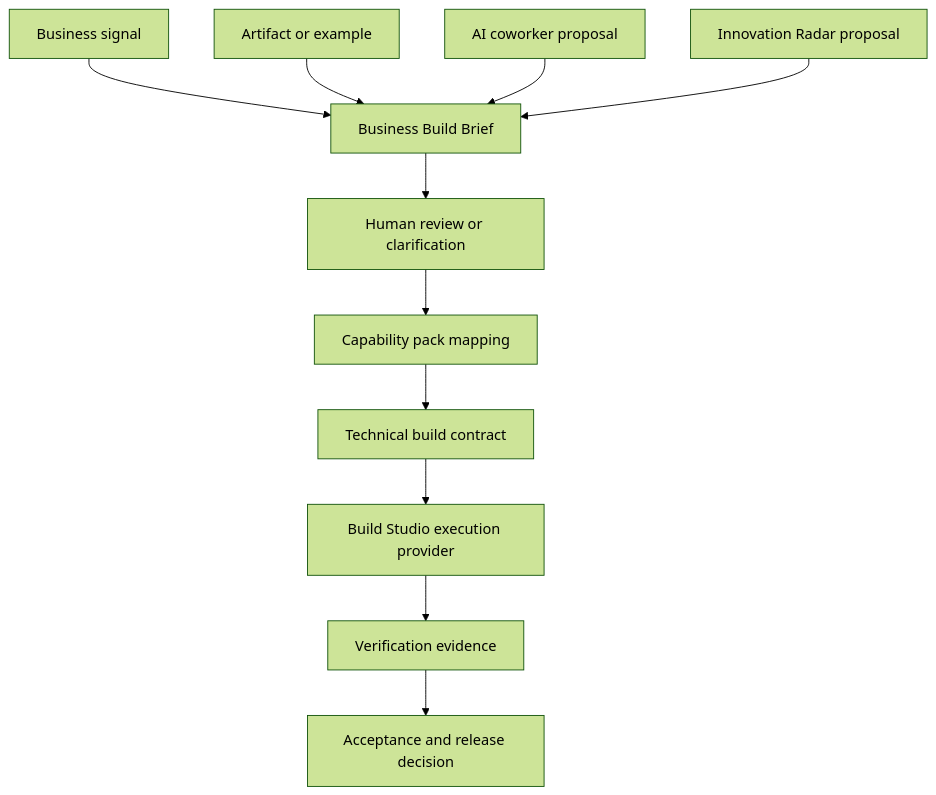
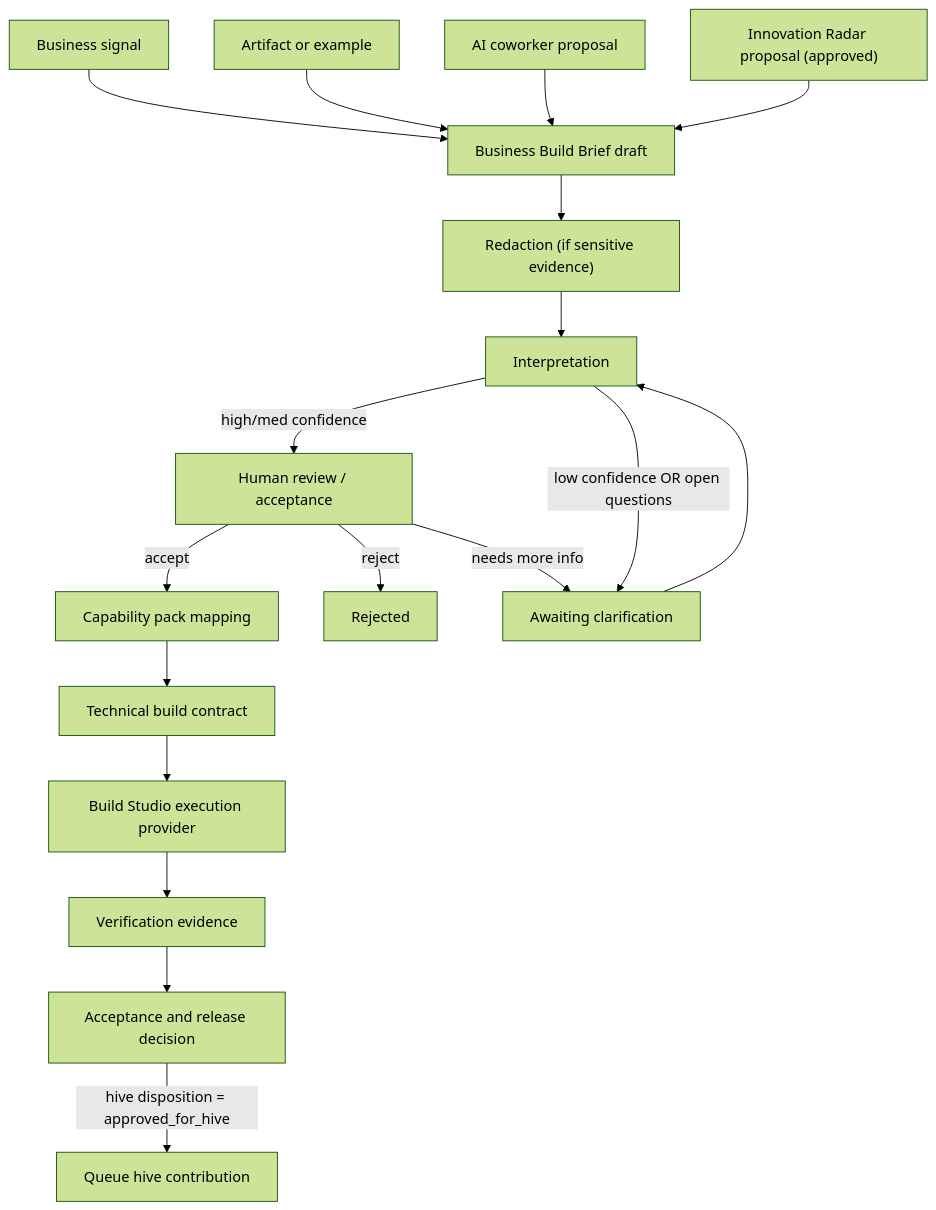
Before and after one commit to OpenDigitalProductFactory/opendigitalproductfactory: the second of 2 diagrams in docs/superpowers/specs/2026-05-10-build-studio-business-intake-innovation-radar-design.md, drawn with Mermaid (forest theme). The commit also changed other lines of this file, not shown here.

First line of the commit message:
docs(build): chief-architect/COO revision of business intake spec

````diff
--- a/docs/superpowers/specs/2026-05-10-build-studio-business-intake-innovation-radar-design.md
+++ b/docs/superpowers/specs/2026-05-10-build-studio-business-intake-innovation-radar-design.md
@@ -377,13 +599,20 @@
 ```mermaid
 flowchart TD
-    A["Business signal"] --> B["Business Build Brief"]
+    A["Business signal"] --> B["Business Build Brief draft"]
     C["Artifact or example"] --> B
     D["AI coworker proposal"] --> B
-    E["Innovation Radar proposal"] --> B
-    B --> F["Human review or clarification"]
-    F --> G["Capability pack mapping"]
+    E["Innovation Radar proposal (approved)"] --> B
+    B --> R["Redaction (if sensitive evidence)"]
+    R --> I["Interpretation"]
+    I -->|high/med confidence| F["Human review / acceptance"]
+    I -->|low confidence OR open questions| Q["Awaiting clarification"]
+    Q --> I
+    F -->|accept| G["Capability pack mapping"]
+    F -->|reject| X["Rejected"]
+    F -->|needs more info| Q
     G --> H["Technical build contract"]
-    H --> I["Build Studio execution provider"]
-    I --> J["Verification evidence"]
-    J --> K["Acceptance and release decision"]
+    H --> J["Build Studio execution provider"]
+    J --> V["Verification evidence"]
+    V --> K["Acceptance and release decision"]
+    K -->|hive disposition = approved_for_hive| Y["Queue hive contribution"]
 ```
````
